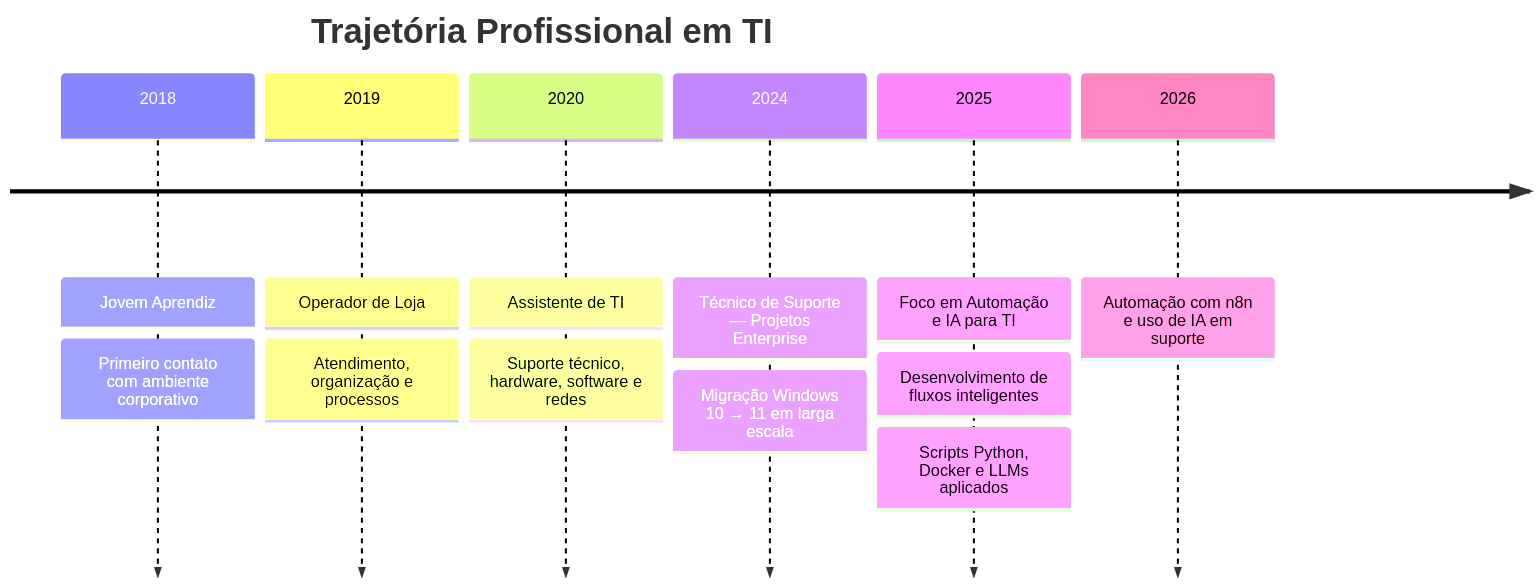
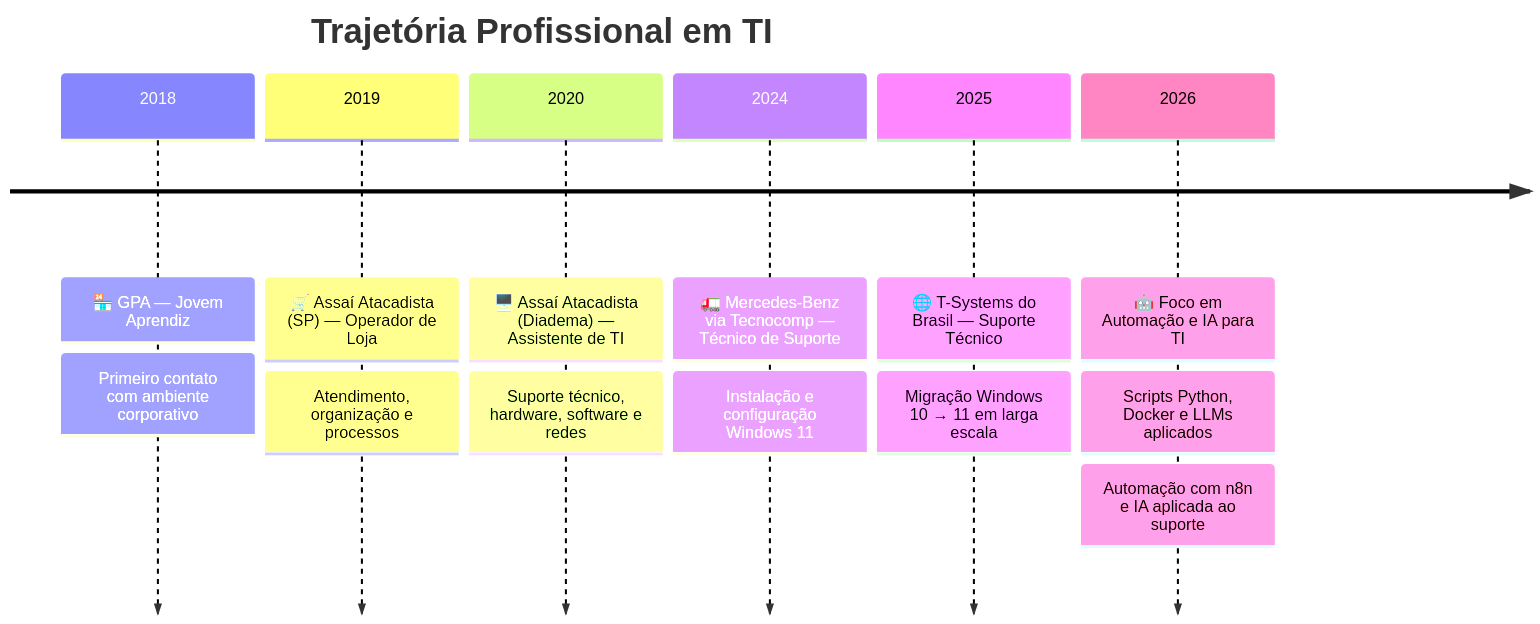
Before and after one commit to JONATHAS-L1M4/JONATHAS-L1M4: the diagram in README.md, drawn with Mermaid. The commit also changed other lines of this file, not shown here.

````diff
--- a/README.md
+++ b/README.md
@@ -108,16 +108,17 @@
 ```mermaid
 timeline
     title Trajetória Profissional em TI
-    2018 : Jovem Aprendiz
+    2018 : 🏪 GPA — Jovem Aprendiz
          : Primeiro contato com ambiente corporativo
-    2019 : Operador de Loja
+    2019 : 🛒 Assaí Atacadista (SP) — Operador de Loja
          : Atendimento, organização e processos
-    2020 : Assistente de TI
+    2020 : 🖥️ Assaí Atacadista (Diadema) — Assistente de TI
          : Suporte técnico, hardware, software e redes
-    2024 : Técnico de Suporte — Projetos Enterprise
+    2024 : 🚛 Mercedes-Benz via Tecnocomp — Técnico de Suporte
+         : Instalação e configuração Windows 11
+    2025 : 🌐 T-Systems do Brasil — Suporte Técnico
          : Migração Windows 10 → 11 em larga escala
-    2025 : Foco em Automação e IA para TI
-         : Desenvolvimento de fluxos inteligentes
+    2026 : 🤖 Foco em Automação e IA para TI
          : Scripts Python, Docker e LLMs aplicados
-    2026 : Automação com n8n e uso de IA em suporte
+         : Automação com n8n e IA aplicada ao suporte
 ```
````
